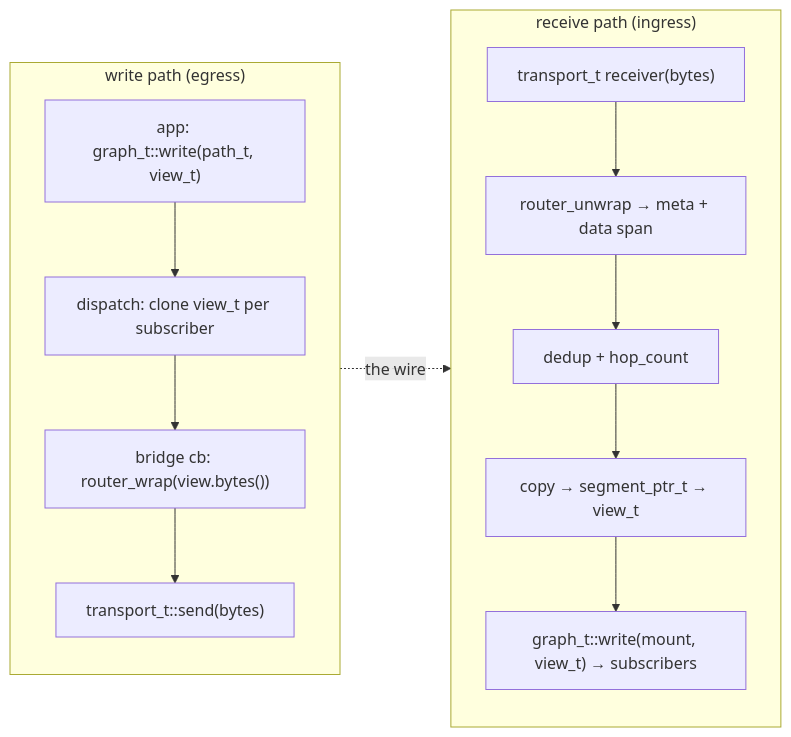
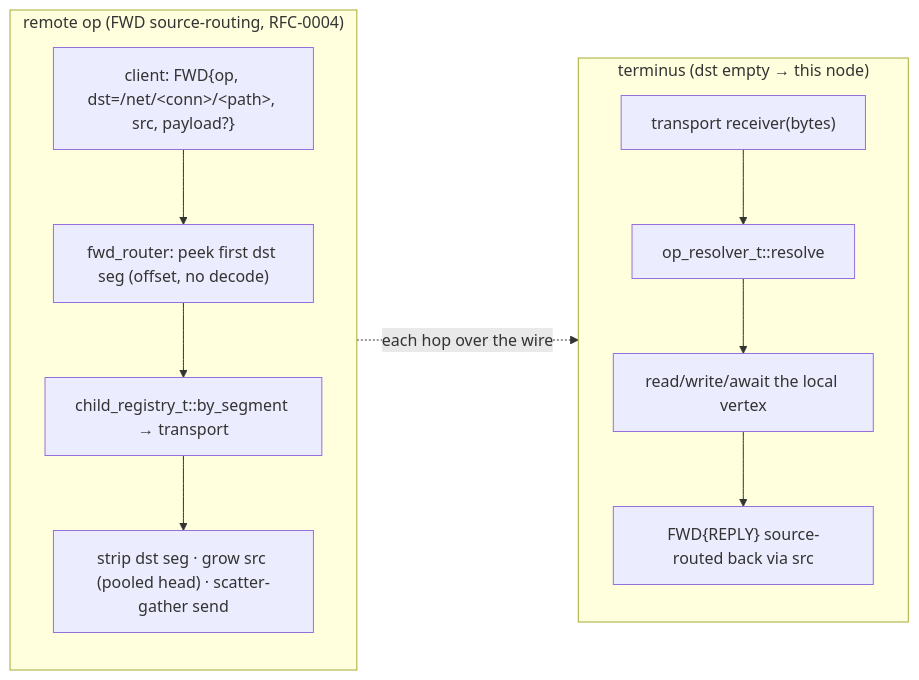
One commit to avatarsd-llc/libtracer changed the second of 2 diagrams in docs/modules/interface-map.md. Above: the diagram before and after it, drawn with Mermaid. The commit also changed other lines of this file and 6 other files, not shown here.

First line of the commit message:
docs: remove the retired bridge/router module pages from published Pages (ADR-0040)

````diff
--- a/docs/modules/interface-map.md
+++ b/docs/modules/interface-map.md
@@ -50,17 +48,16 @@
 ```{mermaid}
 flowchart LR
-    subgraph egress["write path (egress)"]
+    subgraph fwd["remote op (FWD source-routing, RFC-0004)"]
         direction TB
-        W1["app: graph_t::write(path_t, view_t)"] --> W2["dispatch: clone view_t per subscriber"]
-        W2 --> W3["bridge cb: router_wrap(view.bytes())"]
-        W3 --> W4["transport_t::send(bytes)"]
+        W1["client: FWD{op, dst=/net/&lt;conn&gt;/&lt;path&gt;, src, payload?}"] --> W2["fwd_router: peek first dst seg (offset, no decode)"]
+        W2 --> W3["child_registry_t::by_segment → transport"]
+        W3 --> W4["strip dst seg · grow src (pooled head) · scatter-gather send"]
     end
-    subgraph ingress["receive path (ingress)"]
+    subgraph term["terminus (dst empty → this node)"]
         direction TB
-        R1["transport_t receiver(bytes)"] --> R2["router_unwrap → meta + data span"]
-        R2 --> R3["dedup + hop_count"]
-        R3 --> R4["copy → segment_ptr_t → view_t"]
-        R4 --> R5["graph_t::write(mount, view_t) → subscribers"]
+        R1["transport receiver(bytes)"] --> R2["op_resolver_t::resolve"]
+        R2 --> R3["read/write/await the local vertex"]
+        R3 --> R4["FWD{REPLY} source-routed back via src"]
     end
-    egress -. "the wire" .-> ingress
+    fwd -. "each hop over the wire" .-> term
 ```
````
